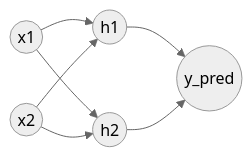
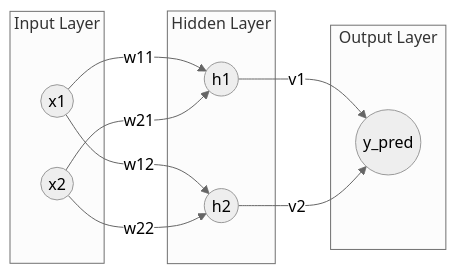
One commit to MeDeity/auto-wzry changed the diagram in docs/08_hand_craft_backprop.md. Above: the diagram before and after it, drawn with Mermaid (neutral theme). The commit also changed other lines of this file and 1 other file, not shown here.

Commit message:
* 更新教学文档

````diff
--- a/docs/08_hand_craft_backprop.md
+++ b/docs/08_hand_craft_backprop.md
@@ -19,10 +21,25 @@
 ```mermaid
 graph LR
-    x1((x1)) --> h1((h1))
-    x2((x2)) --> h1
-    x1 --> h2((h2))
-    x2 --> h2
+    subgraph Input Layer
+    x1((x1))
+    x2((x2))
+    end
     
-    h1 --> y((y_pred))
-    h2 --> y
+    subgraph Hidden Layer
+    h1((h1))
+    h2((h2))
+    end
+    
+    subgraph Output Layer
+    y((y_pred))
+    end
+
+    x1 -- w11 --> h1
+    x2 -- w21 --> h1
+    
+    x1 -- w12 --> h2
+    x2 -- w22 --> h2
+    
+    h1 -- v1 --> y
+    h2 -- v2 --> y
 ```
````
